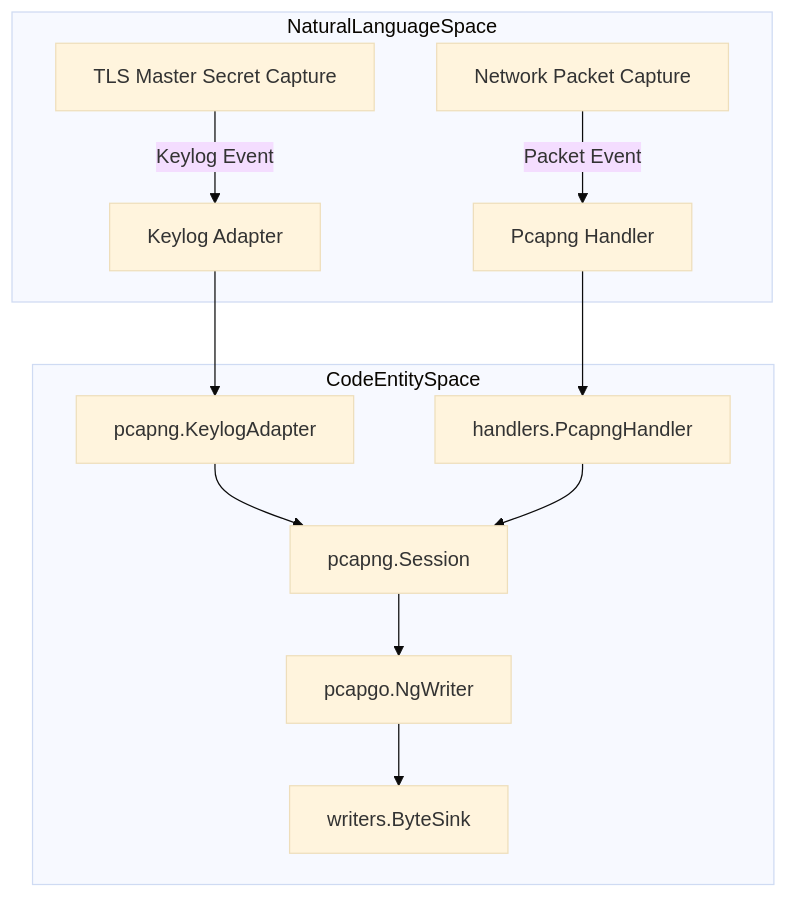
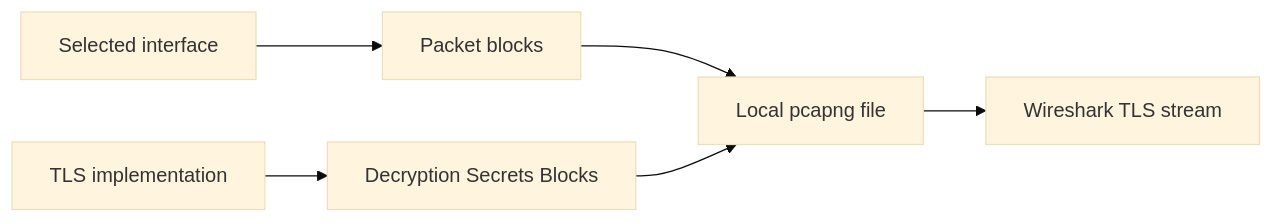
Before and after one commit to gojue/ecapture.cc: the diagram in src/en/3-capture-modes/3.4-pcapng-mode.md, drawn with Mermaid (base theme). The commit also changed other lines of this file and 94 other files, not shown here.

````diff
--- a/src/en/3-capture-modes/3.4-pcapng-mode.md
+++ b/src/en/3-capture-modes/3.4-pcapng-mode.md
@@ -75,15 +17,8 @@
 ```mermaid
-graph TD
-    subgraph "NaturalLanguageSpace"
-        A["TLS Master Secret Capture"] -->|Keylog Event| B["Keylog Adapter"]
-        C["Network Packet Capture"] -->|Packet Event| D["Pcapng Handler"]
-    end
-    subgraph "CodeEntitySpace"
-        B --> E["pcapng.KeylogAdapter"]
-        D --> F["handlers.PcapngHandler"]
-        E --> G["pcapng.Session"]
-        F --> G
-        G --> H["pcapgo.NgWriter"]
-        H --> I["writers.ByteSink"]
-    end
+flowchart LR
+    NIC["Selected interface"] --> Blocks["Packet blocks"]
+    TLS["TLS implementation"] --> DSB["Decryption Secrets Blocks"]
+    Blocks --> File["Local pcapng file"]
+    DSB --> File
+    File --> Trace["Wireshark TLS stream"]
 ```
````
